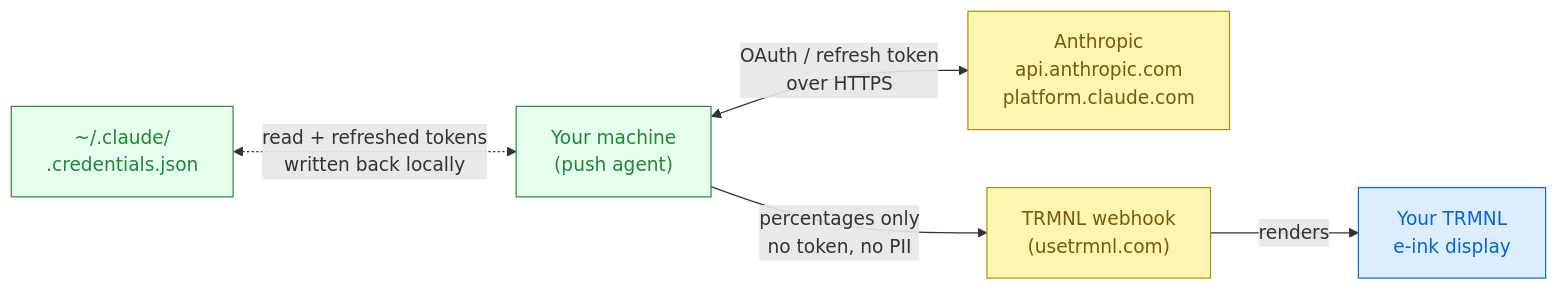
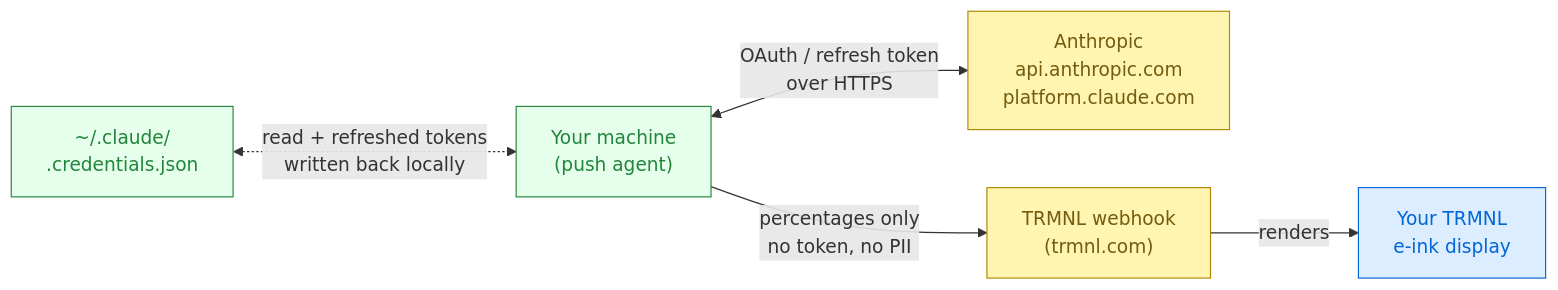
One commit to iosdev29/trmnl-claude-limits changed the diagram in README.md. Above: the diagram before and after it, drawn with Mermaid. The commit also changed other lines of this file and 2 other files, not shown here.

Commit message:
Accept both trmnl.com and usetrmnl.com webhook URLs
TRMNL now issues webhook URLs on the trmnl.com host (as seen in current
plugin config screens) while the legacy usetrmnl.com host still resolves.
The strict regex only accepted usetrmnl.com, so anyone pasting the URL
their TRMNL dashboard currently hands them would get rejected by the
installer.

- WEBHOOK_URL_PATTERN now matches https://(?:use)?trmnl.com/api/custom_plugins/…
- redact_webhook() checks both prefixes so verbose logs redact correctly
  regardless of which host the user's webhook uses
- Prompt copy, error text, and the README mermaid + example all switched
  to trmnl.com (the current form) — usetrmnl.com is still accepted, just
  no longer the example

Injection guards intact: URLs with quotes, ampersands, or non-https
schemes still get rejected.

````diff
--- a/README.md
+++ b/README.md
@@ -21,17 +21,17 @@
 ```mermaid
 flowchart LR
     A["Your machine<br/>(push agent)"]:::local
     B["~/.claude/<br/>.credentials.json"]:::local
     C["Anthropic<br/>api.anthropic.com<br/>platform.claude.com"]:::third
-    D["TRMNL webhook<br/>(usetrmnl.com)"]:::third
+    D["TRMNL webhook<br/>(trmnl.com)"]:::third
     E["Your TRMNL<br/>e-ink display"]:::device
 
     B <-.->|read + refreshed tokens<br/>written back locally| A
     A <-->|OAuth / refresh token<br/>over HTTPS| C
     A -->|percentages only<br/>no token, no PII| D
     D -->|renders| E
 
     classDef local  fill:#e6ffed,stroke:#22863a,color:#22863a
     classDef third  fill:#fff5b1,stroke:#b08800,color:#735c0f
     classDef device fill:#dbedff,stroke:#0366d6,color:#0366d6
 ```
````
